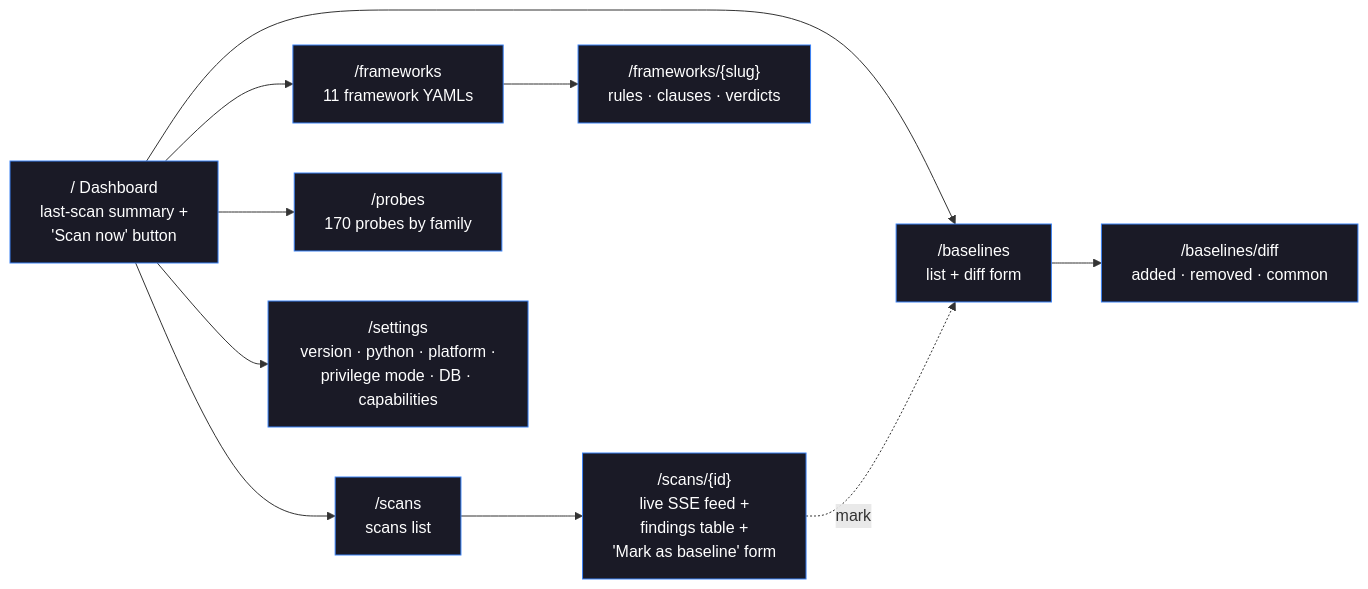
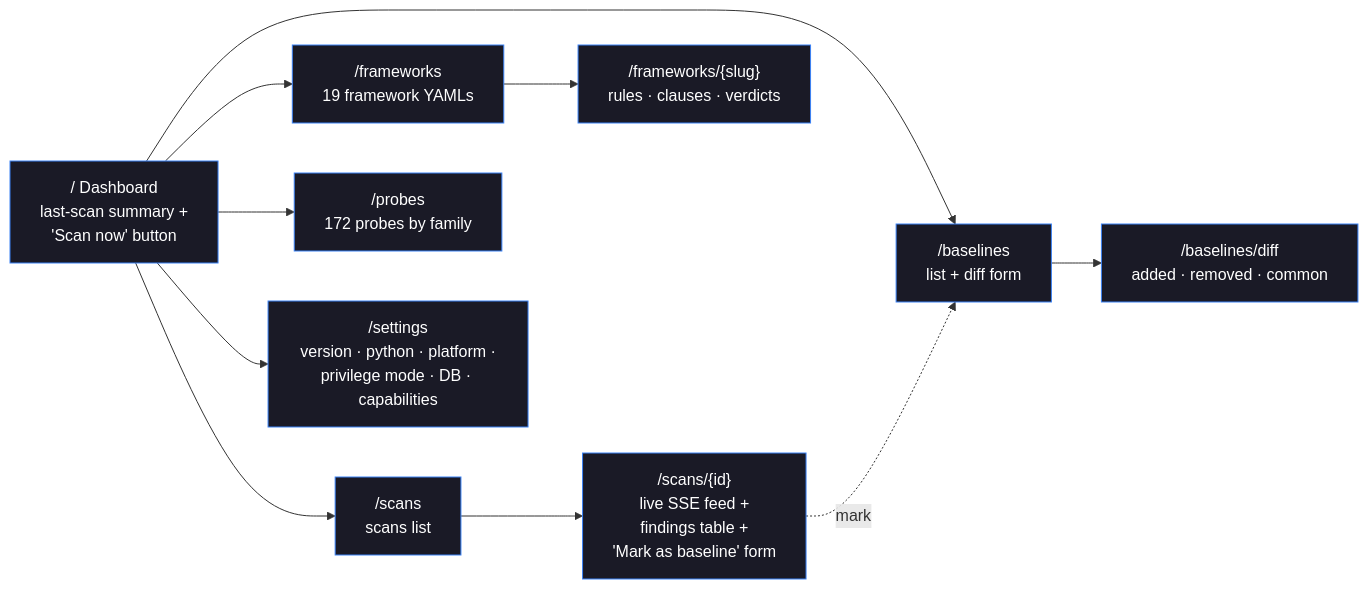
The fourth of 8 diagrams in README.md (orengacademy/pqc-scanner2), drawn with Mermaid before and after one commit. The commit also changed other lines of this file and 29 other files, not shown here.

First line of the commit message:
feat: coverage + interop + agility expansion (v0.9.0, 172 probes, 19 frameworks) (#66)

````diff
--- a/README.md
+++ b/README.md
@@ -248,22 +248,22 @@
 ```mermaid
 flowchart LR
     HOME["/  Dashboard<br/>last-scan summary +<br/>'Scan now' button"]
     SCANS["/scans<br/>scans list"]
     DETAIL["/scans/{id}<br/>live SSE feed +<br/>findings table +<br/>'Mark as baseline' form"]
-    FRAMEWORKS["/frameworks<br/>11 framework YAMLs"]
+    FRAMEWORKS["/frameworks<br/>19 framework YAMLs"]
     FW_DET["/frameworks/{slug}<br/>rules · clauses · verdicts"]
-    PROBES["/probes<br/>170 probes by family"]
+    PROBES["/probes<br/>172 probes by family"]
     BASELINES["/baselines<br/>list + diff form"]
     DIFF["/baselines/diff<br/>added · removed · common"]
     SETTINGS["/settings<br/>version · python · platform ·<br/>privilege mode · DB · capabilities"]
 
     HOME --> SCANS --> DETAIL
     HOME --> FRAMEWORKS --> FW_DET
     HOME --> PROBES
     HOME --> BASELINES --> DIFF
     DETAIL -.mark.-> BASELINES
     HOME --> SETTINGS
 
     classDef page fill:#1a1a26,color:#fff,stroke:#3b82f6
     class HOME,SCANS,DETAIL,FRAMEWORKS,FW_DET,PROBES,BASELINES,DIFF,SETTINGS page
 ```
````
